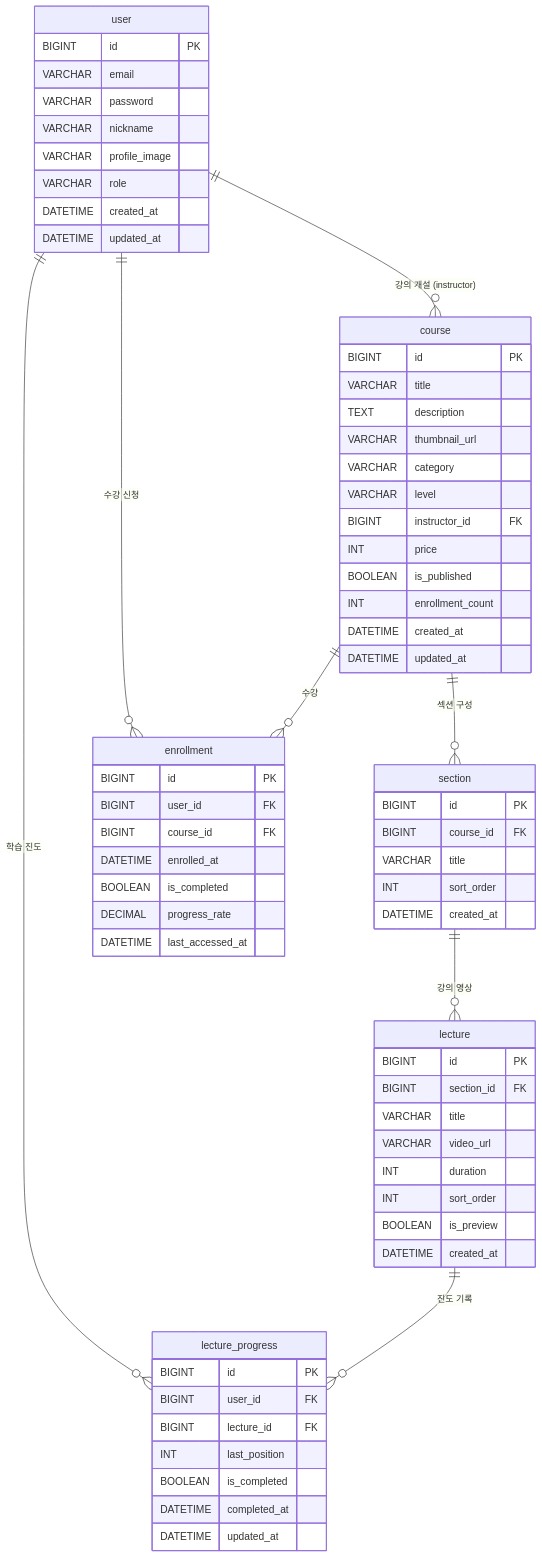
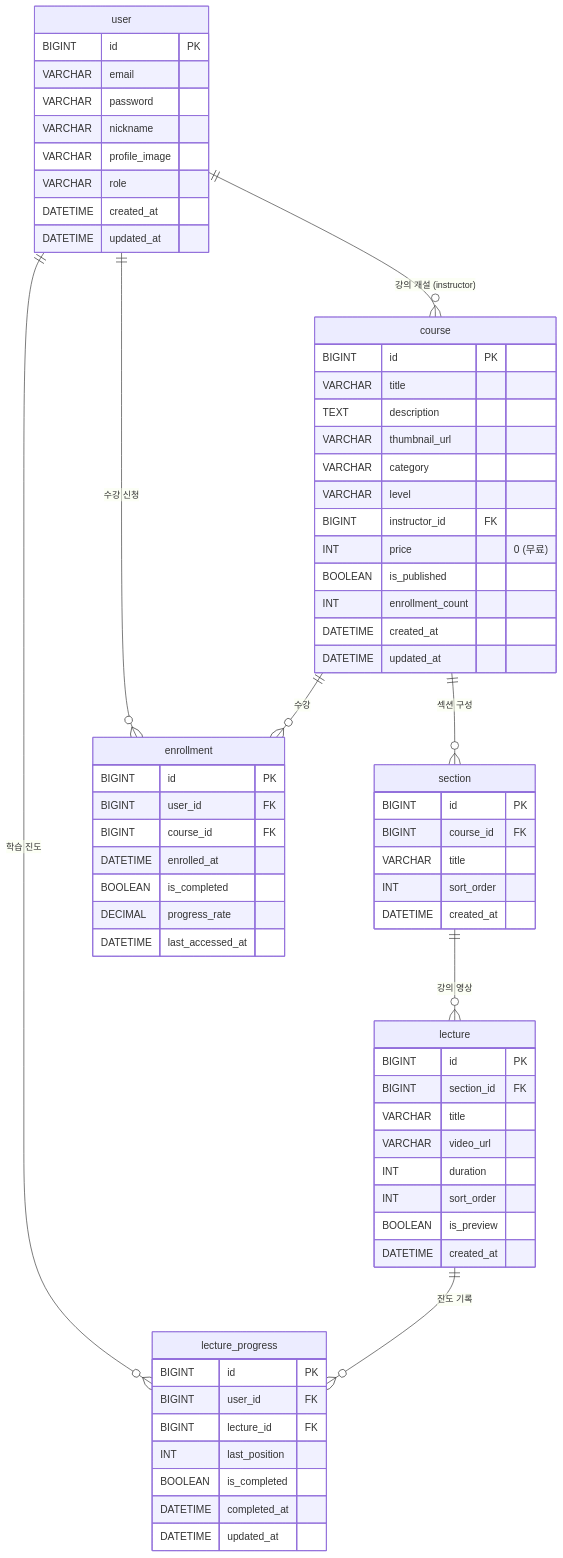
Before and after one commit to yihyle/school: the diagram in docs/P1.md, drawn with Mermaid. The commit also changed 22 other files, not shown here.

````diff
--- a/docs/P1.md
+++ b/docs/P1.md
@@ -244,70 +244,70 @@
 ```mermaid
 erDiagram
     user {
         BIGINT id PK
         VARCHAR email
         VARCHAR password
         VARCHAR nickname
         VARCHAR profile_image
         VARCHAR role
         DATETIME created_at
         DATETIME updated_at
     }
     course {
         BIGINT id PK
         VARCHAR title
         TEXT description
         VARCHAR thumbnail_url
         VARCHAR category
         VARCHAR level
         BIGINT instructor_id FK
-        INT price
+        INT price "0 (무료)"
         BOOLEAN is_published
         INT enrollment_count
         DATETIME created_at
         DATETIME updated_at
     }
     section {
         BIGINT id PK
         BIGINT course_id FK
         VARCHAR title
         INT sort_order
         DATETIME created_at
     }
     lecture {
         BIGINT id PK
         BIGINT section_id FK
         VARCHAR title
         VARCHAR video_url
         INT duration
         INT sort_order
         BOOLEAN is_preview
         DATETIME created_at
     }
     enrollment {
         BIGINT id PK
         BIGINT user_id FK
         BIGINT course_id FK
         DATETIME enrolled_at
         BOOLEAN is_completed
         DECIMAL progress_rate
         DATETIME last_accessed_at
     }
     lecture_progress {
         BIGINT id PK
         BIGINT user_id FK
         BIGINT lecture_id FK
         INT last_position
         BOOLEAN is_completed
         DATETIME completed_at
         DATETIME updated_at
     }
 
     user ||--o{ course : "강의 개설 (instructor)"
     user ||--o{ enrollment : "수강 신청"
     user ||--o{ lecture_progress : "학습 진도"
     course ||--o{ section : "섹션 구성"
     course ||--o{ enrollment : "수강"
     section ||--o{ lecture : "강의 영상"
     lecture ||--o{ lecture_progress : "진도 기록"
 ```
````
